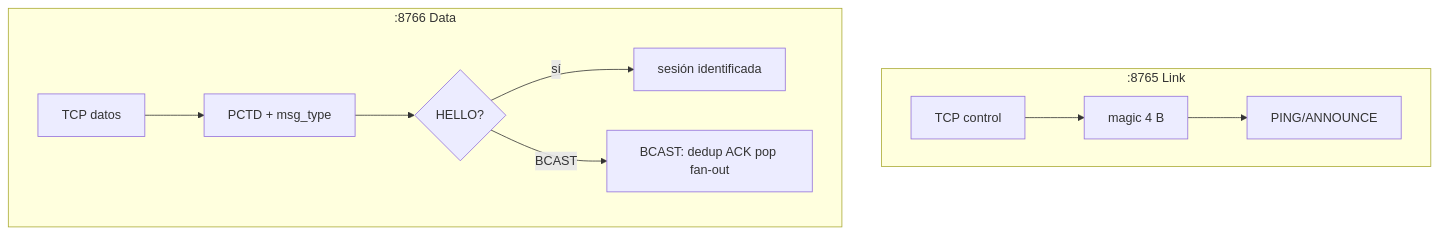
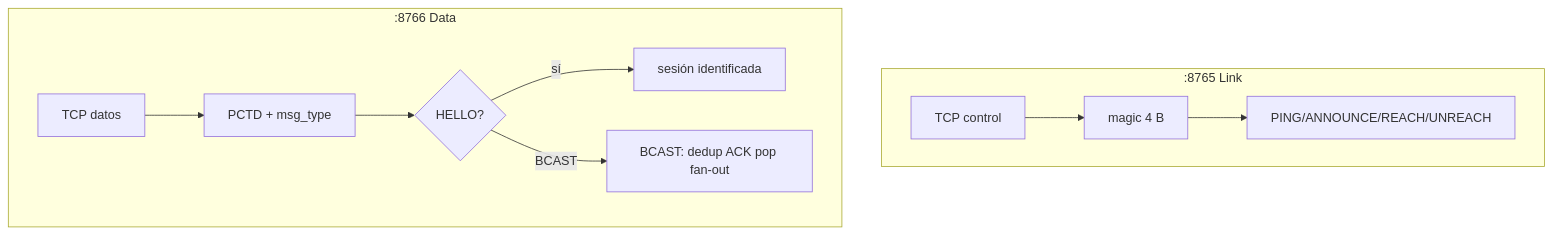
The diagram in docs/protocol/16-packet-envelope.md (Juanca3789/protocolo_red_multisalto_802.11), drawn with Mermaid before and after one commit. The commit also changed other lines of this file and 10 other files, not shown here.

````diff
--- a/docs/protocol/16-packet-envelope.md
+++ b/docs/protocol/16-packet-envelope.md
@@ -78,19 +87,19 @@
 ```mermaid
 flowchart TD
     subgraph ctrl [":8765 Link"]
         RXc[TCP control]
         PARSEc[magic 4 B]
-        JOIN[PING/ANNOUNCE]
+        JOIN[PING/ANNOUNCE/REACH/UNREACH]
         RXc --> PARSEc --> JOIN
     end
     subgraph data [":8766 Data"]
         RXd[TCP datos]
         PARSEd["PCTD + msg_type"]
         HEL{HELLO?}
         ID[sesión identificada]
         BC[BCAST: dedup ACK pop fan-out]
         RXd --> PARSEd --> HEL
         HEL -->|sí| ID
         HEL -->|BCAST| BC
     end
 ```
````
